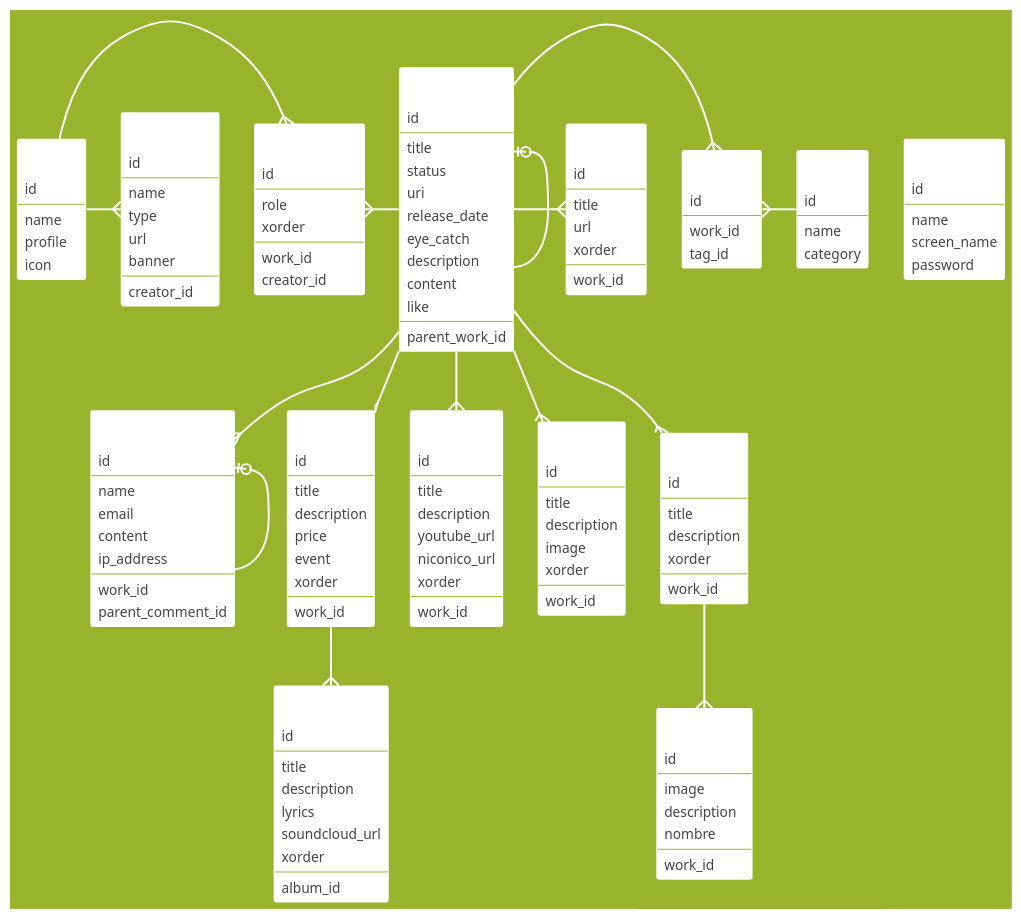
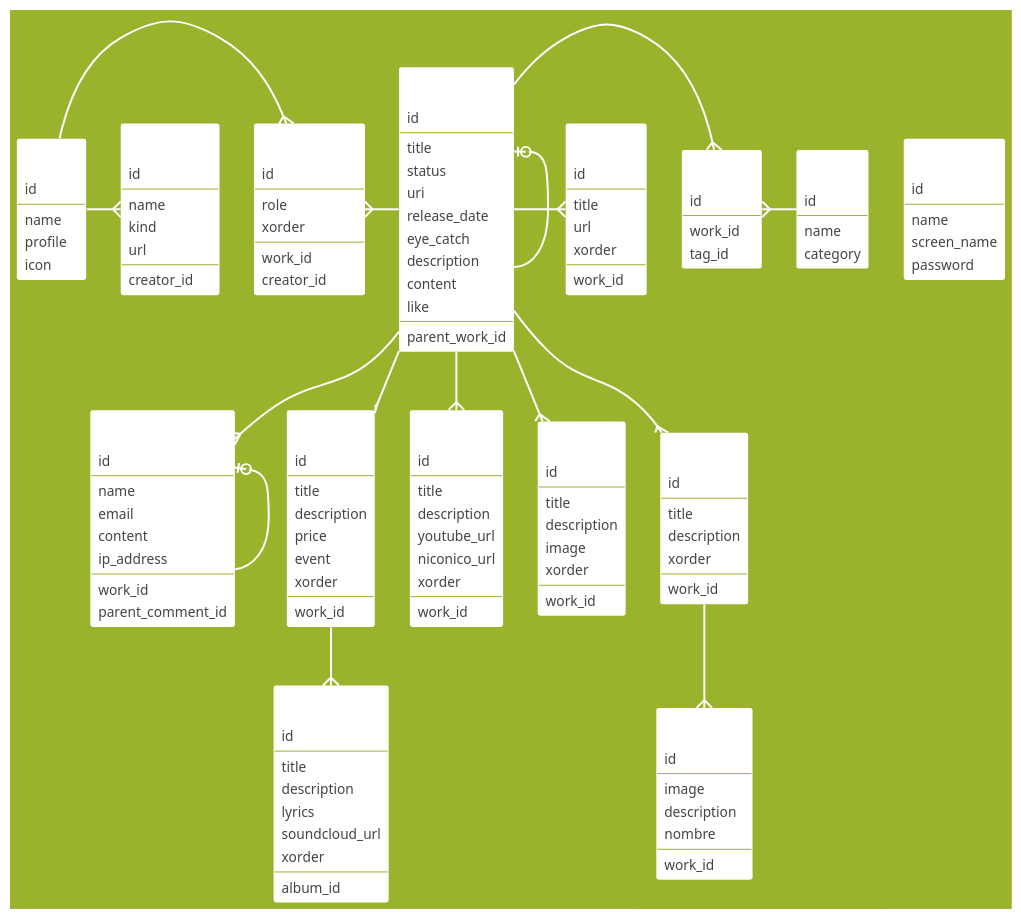
The diagram in documents/erd.puml (comorebi-notes/yorozuya), drawn with PlantUML before and after one commit. The commit also changed 19 other files, not shown here.

```diff
--- a/documents/erd.puml
+++ b/documents/erd.puml
@@ -1,195 +1,194 @@
 @startuml
 
 hide circle
 
 skinparam Shadowing false
 skinparam DefaultFontName "Ricty Diminished"
 skinparam DefaultFontSize 14
 skinparam DefaultFontStyle bold
 skinparam classFontSize 16
 skinparam classFontStyle bold
 skinparam ArrowColor white
 skinparam ArrowThickness 2
 skinparam Padding 2
 skinparam ClassBorderThickness 0
 
 skinparam DefaultFontColor #444
 skinparam BackgroundColor #99b32d
 skinparam ClassBorderColor #99b32d
 skinparam ClassHeaderBackgroundColor #c46
 skinparam ClassBackgroundColor #fff
 skinparam StereotypeCBackgroundColor #fff
 skinparam classFontColor #fff
 
 entity User {
   id
   --
   name
   screen_name
   password
 }
 
 entity Work {
   id
   --
   title
   status
   uri
   release_date
   eye_catch
   description
   content
   like
   --
   parent_work_id
 }
 
 entity Tag {
   id
   --
   name
   category
 }
 
 entity WorkTag {
   id
   --
   work_id
   tag_id
 }
 
 entity Comment {
   id
   --
   name
   email
   content
   ip_address
   --
   work_id
   parent_comment_id
 }
 
 entity WorkSite {
   id
   --
   title
   url
   xorder
   --
   work_id
 }
 
 entity Album {
   id
   --
   title
   description
   price
   event
   xorder
   --
   work_id
 }
 
 entity Music {
   id
   --
   title
   description
   lyrics
   soundcloud_url
   xorder
   --
   album_id
 }
 
 entity Movie {
   id
   --
   title
   description
   youtube_url
   niconico_url
   xorder
   --
   work_id
 }
 
 entity Artwork {
   id
   --
   title
   description
   image
   xorder
   --
   work_id
 }
 
 entity Comic {
   id
   --
   title
   description
   xorder
   --
   work_id
 }
 
 entity ComicPage {
   id
   --
   image
   description
   nombre
   --
   work_id
 }
 
 entity WorkCreator {
   id
   --
   role
   xorder
   --
   work_id
   creator_id
 }
 
 entity Creator {
   id
   --
   name
   profile
   icon
 }
 
 entity CreatorSite {
   id
   --
   name
-  type
+  kind
   url
-  banner
   --
   creator_id
 }
 
 Work -{ WorkTag
 WorkTag }- Tag
 Work --{ Comment
 Comment |o- Comment
 Work -{ WorkSite
 Work --{ Album
 Album --{ Music
 Work --{ Artwork
 Work --{ Movie
 Work --{ Comic
 Comic --{ ComicPage
 Creator -{ WorkCreator
 WorkCreator }- Work
 Creator -{ CreatorSite
 Work |o- Work
 
 @enduml
```
